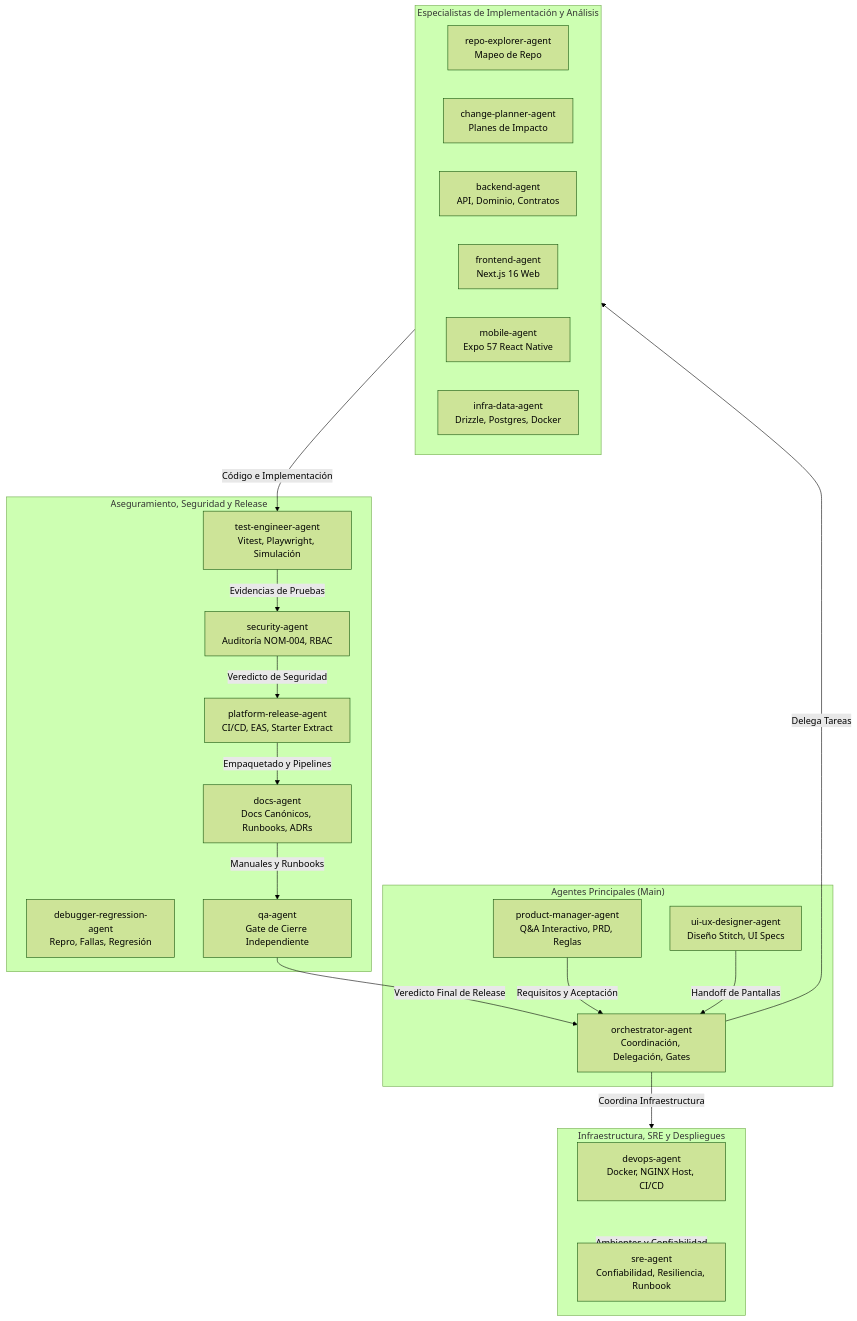
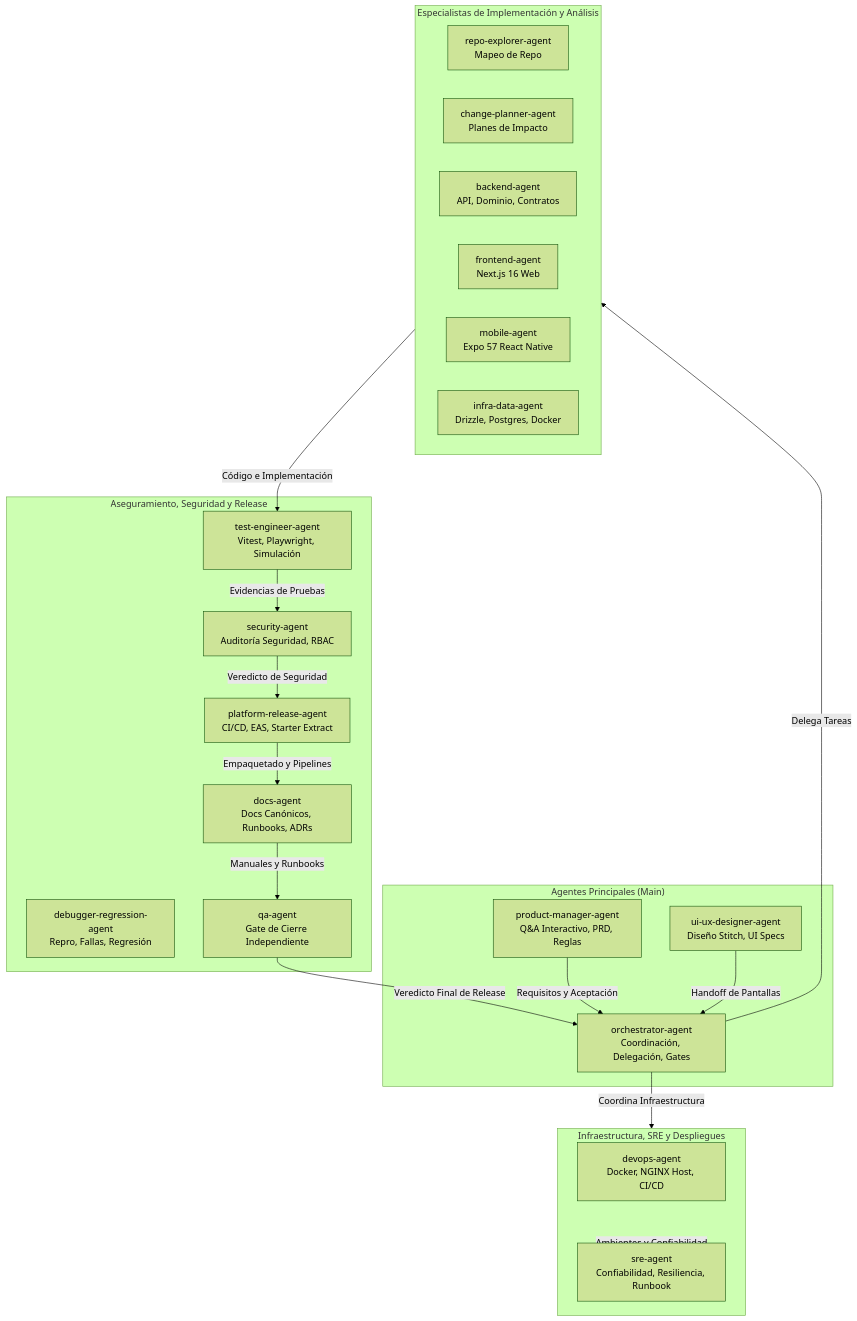
One commit to miguelms/GoldenStarterCodex changed the seventh of 7 diagrams in docs/architecture/starter-architecture-guide.md. Above: the diagram before and after it, drawn with Mermaid (forest theme). The commit also changed other lines of this file and 43 other files, not shown here.

````diff
--- a/docs/architecture/starter-architecture-guide.md
+++ b/docs/architecture/starter-architecture-guide.md
@@ -352,43 +330,43 @@
 ```mermaid
 flowchart TD
     subgraph Principales["Agentes Principales (Main)"]
         Orch[orchestrator-agent<br/>Coordinación, Delegación, Gates]
         PM[product-manager-agent<br/>Q&A Interactivo, PRD, Reglas]
         Design[ui-ux-designer-agent<br/>Diseño Stitch, UI Specs]
     end
 
     subgraph Especialistas["Especialistas de Implementación y Análisis"]
         Repo[repo-explorer-agent<br/>Mapeo de Repo]
         Plan[change-planner-agent<br/>Planes de Impacto]
         Back[backend-agent<br/>API, Dominio, Contratos]
         Front[frontend-agent<br/>Next.js 16 Web]
         Mob[mobile-agent<br/>Expo 57 React Native]
         Infra[infra-data-agent<br/>Drizzle, Postgres, Docker]
     end
 
     subgraph InfraOperaciones["Infraestructura, SRE y Despliegues"]
         DevOps[devops-agent<br/>Docker, NGINX Host, CI/CD]
         SRE[sre-agent<br/>Confiabilidad, Resiliencia, Runbook]
     end
 
     subgraph CalidadSeguridad["Aseguramiento, Seguridad y Release"]
         Test[test-engineer-agent<br/>Vitest, Playwright, Simulación]
         Debug[debugger-regression-agent<br/>Repro, Fallas, Regresión]
-        Sec[security-agent<br/>Auditoría NOM-004, RBAC]
+        Sec[security-agent<br/>Auditoría Seguridad, RBAC]
         Docs[docs-agent<br/>Docs Canónicos, Runbooks, ADRs]
         Rel[platform-release-agent<br/>CI/CD, EAS, Starter Extract]
         QA[qa-agent<br/>Gate de Cierre Independiente]
     end
 
     PM -->|Requisitos y Aceptación| Orch
     Design -->|Handoff de Pantallas| Orch
     Orch -->|Delega Tareas| Especialistas
     Orch -->|Coordina Infraestructura| InfraOperaciones
     Especialistas -->|Código e Implementación| Test
     InfraOperaciones -->|Ambientes y Confiabilidad| SRE
     Test -->|Evidencias de Pruebas| Sec
     Sec -->|Veredicto de Seguridad| Rel
     Rel -->|Empaquetado y Pipelines| Docs
     Docs -->|Manuales y Runbooks| QA
     QA -->|Veredicto Final de Release| Orch
 ```
````
